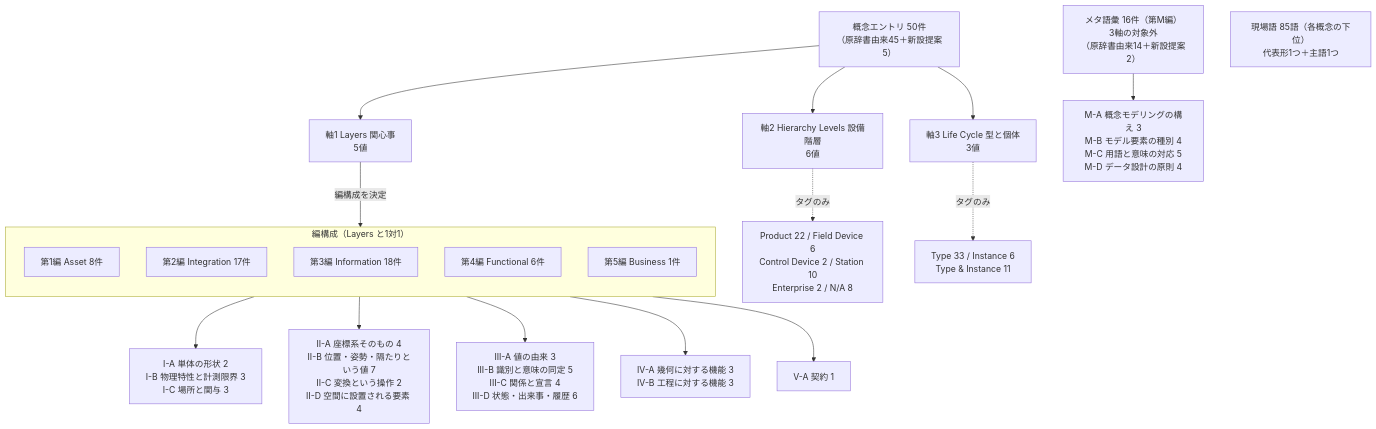
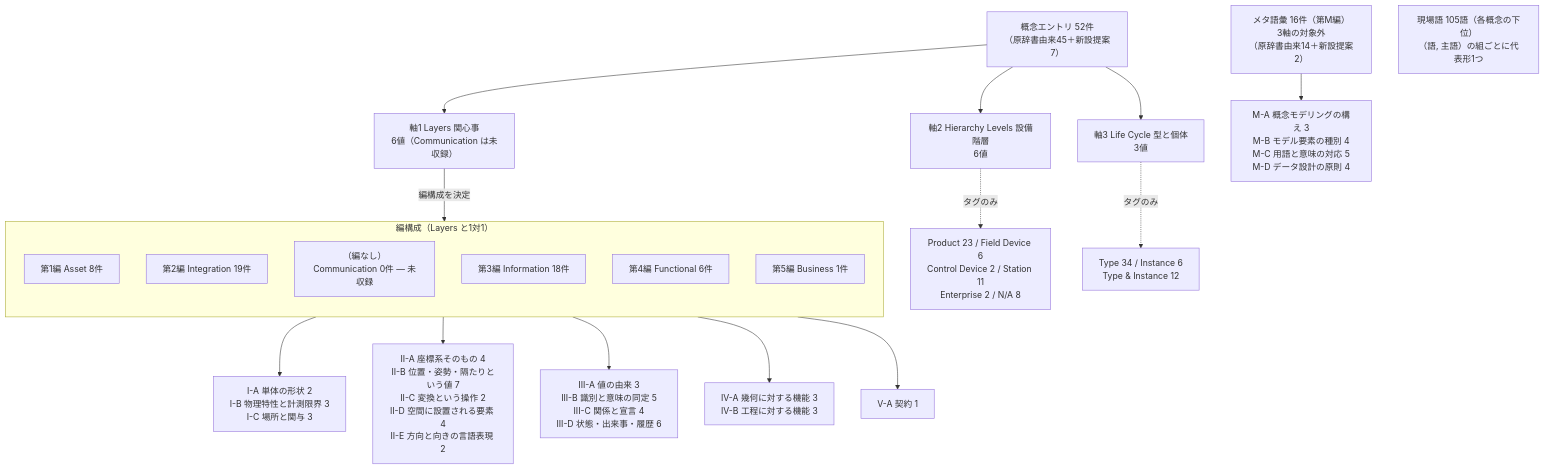
The diagram in pilot/part0-annexes.md (yuubae215/my-dictionary), drawn with Mermaid before and after one commit. The commit also changed other lines of this file and 9 other files, not shown here.

````diff
--- a/pilot/part0-annexes.md
+++ b/pilot/part0-annexes.md
@@ -569,30 +595,31 @@
 ```mermaid
 flowchart TB
-    E["概念エントリ 50件<br/>（原辞書由来45＋新設提案5）"]
+    E["概念エントリ 52件<br/>（原辞書由来45＋新設提案7）"]
 
     M["メタ語彙 16件（第M編）<br/>3軸の対象外<br/>（原辞書由来14＋新設提案2）"]
-    X["現場語 85語（各概念の下位）<br/>代表形1つ＋主語1つ"]
-    E --> A1["軸1 Layers 関心事<br/>5値"]
+    X["現場語 105語（各概念の下位）<br/>（語, 主語）の組ごとに代表形1つ"]
+    E --> A1["軸1 Layers 関心事<br/>6値（Communication は未収録）"]
     E --> A2["軸2 Hierarchy Levels 設備階層<br/>6値"]
     E --> A3["軸3 Life Cycle 型と個体<br/>3値"]
 
     A1 -->|編構成を決定| P
-    A2 -.->|タグのみ| T2["Product 22 / Field Device 6<br/>Control Device 2 / Station 10<br/>Enterprise 2 / N/A 8"]
-    A3 -.->|タグのみ| T3["Type 33 / Instance 6<br/>Type &amp; Instance 11"]
+    A2 -.->|タグのみ| T2["Product 23 / Field Device 6<br/>Control Device 2 / Station 11<br/>Enterprise 2 / N/A 8"]
+    A3 -.->|タグのみ| T3["Type 34 / Instance 6<br/>Type &amp; Instance 12"]
 
     subgraph P["編構成（Layers と1対1）"]
         direction TB
         P1["第1編 Asset 8件"]
-        P2["第2編 Integration 17件"]
+        P2["第2編 Integration 19件"]
+        PC["（編なし）Communication 0件 — 未収録"]
         P3["第3編 Information 18件"]
         P4["第4編 Functional 6件"]
         P5["第5編 Business 1件"]
     end
 
     P1 --> F1["I-A 単体の形状 2<br/>I-B 物理特性と計測限界 3<br/>I-C 場所と関与 3"]
-    P2 --> F2["II-A 座標系そのもの 4<br/>II-B 位置・姿勢・隔たりという値 7<br/>II-C 変換という操作 2<br/>II-D 空間に設置される要素 4"]
+    P2 --> F2["II-A 座標系そのもの 4<br/>II-B 位置・姿勢・隔たりという値 7<br/>II-C 変換という操作 2<br/>II-D 空間に設置される要素 4<br/>II-E 方向と向きの言語表現 2"]
     P3 --> F3["III-A 値の由来 3<br/>III-B 識別と意味の同定 5<br/>III-C 関係と宣言 4<br/>III-D 状態・出来事・履歴 6"]
     P4 --> F4["IV-A 幾何に対する機能 3<br/>IV-B 工程に対する機能 3"]
     P5 --> F5["V-A 契約 1"]
     M --> F6["M-A 概念モデリングの構え 3<br/>M-B モデル要素の種別 4<br/>M-C 用語と意味の対応 5<br/>M-D データ設計の原則 4"]
 ```
````
